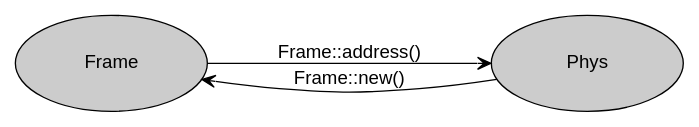
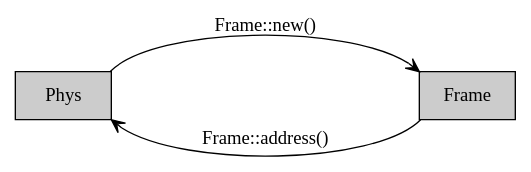
One commit to AntonGlinisty/nikka-practice changed the diagram in lab/src/2-mm-0-intro-3-phys.dot. Above: the diagram before and after it, drawn with Graphviz. The commit also changed 5 other files, not shown here.

Commit message:
Polish diagrams for lab 2-mm

```diff
--- a/lab/src/2-mm-0-intro-3-phys.dot
+++ b/lab/src/2-mm-0-intro-3-phys.dot
@@ -1,17 +1,15 @@
 digraph diagram {
     rankdir = LR
     ranksep = 1.5
 
     fontname="Helvetica,Arial,sans-serif"
 
-    node [fontname = "Helvetica,Arial,sans-serif"; width = 2.0; height = 1.0; style = filled; fillcolor = "#CCCCCC"]
-    edge [arrowhead = vee; fontname="Helvetica,Arial,sans-serif"]
+    node [shape = box; width = 1.0; height = 0.5; style = filled; fillcolor = "#CCCCCC"]
+    edge [arrowhead = vee]
 
     Phys
-
     Frame
 
-    Frame -> Phys [label = "Frame::address()"]
-
-    Phys -> Frame [constraint = false; label = "Frame::new()"]
+    Phys:ne -> Frame:nw [label = "Frame::new()"]
+    Frame:sw -> Phys:se [label = "Frame::address()"]
 }
```
